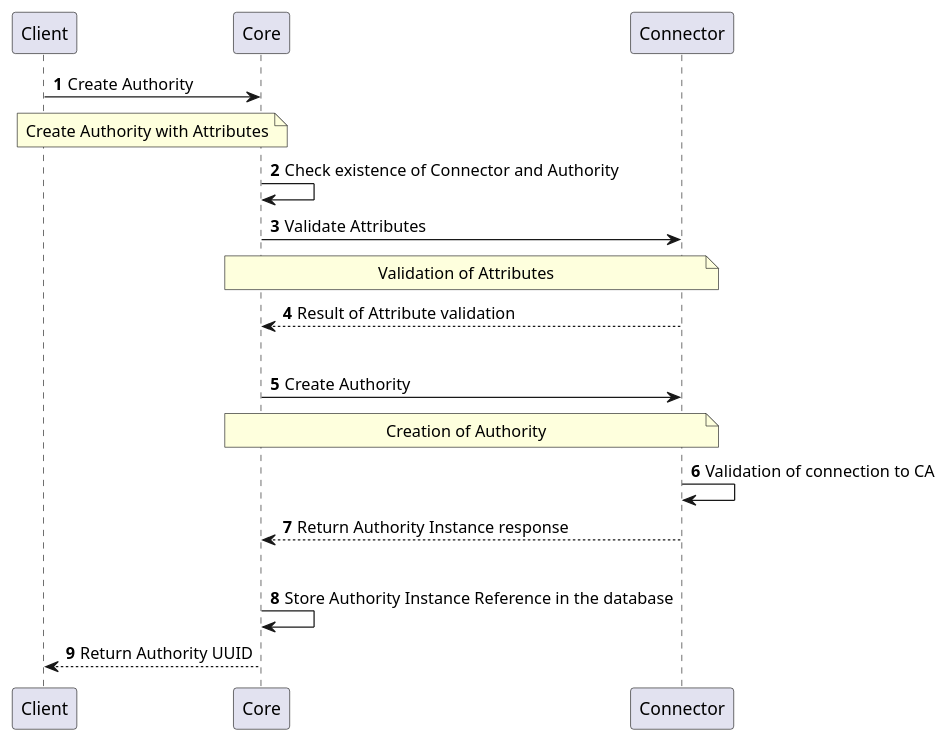
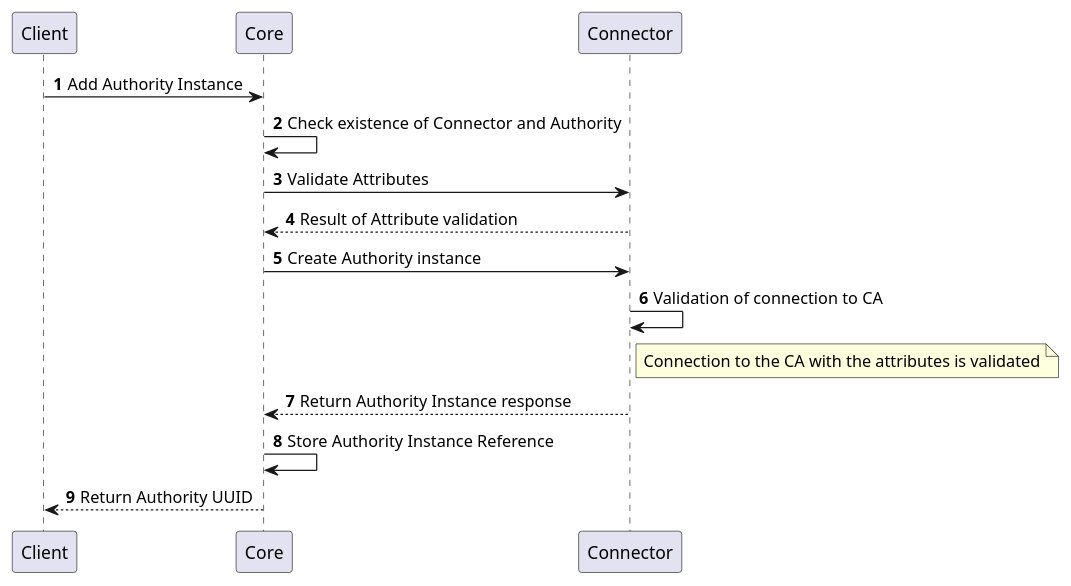
The first of 7 diagrams in docs/12-connectors/05-description/25-authority-provider-v2.md (CZERTAINLY/CZERTAINLY-Documentation), drawn with PlantUML before and after one commit. The commit also changed other lines of this file and 8 other files, not shown here.

First line of the commit message:
Update description of plantuml diagrams on the providers

````diff
--- a/docs/12-connectors/05-description/25-authority-provider-v2.md
+++ b/docs/12-connectors/05-description/25-authority-provider-v2.md
@@ -28,20 +26,16 @@
 ```plantuml
     @startuml
     autonumber
     skinparam topurl https://docs.czertainly.com/api/
-        Client -> Core [[core-authority/#tag/Authority-Management-API/operation/createAuthorityInstance]]: Create Authority
-        note over Client,Core: Create Authority with Attributes
+        Client -> Core [[core-authority/#tag/Authority-Management-API/operation/createAuthorityInstance]]: Add Authority Instance
         Core->Core: Check existence of Connector and Authority
         Core -> Connector : Validate Attributes
-        note over Core,Connector: Validation of Attributes
         Connector --> Core: Result of Attribute validation
-        |||
-        Core -> Connector [[connector-authority-provider-v2/#tag/Authority-Management-API/operation/createAuthorityInstance]]: Create Authority
-        note over Core,Connector: Creation of Authority
+        Core -> Connector [[connector-authority-provider-v2/#tag/Authority-Management-API/operation/createAuthorityInstance]]: Create Authority instance
         Connector -> Connector: Validation of connection to CA
+        note right of Connector: Connection to the CA with the attributes is validated
         Connector --> Core: Return Authority Instance response
-        |||
-        Core -> Core : Store Authority Instance Reference in the database
+        Core -> Core : Store Authority Instance Reference
         Core --> Client: Return Authority UUID
     @enduml
 ```
````
